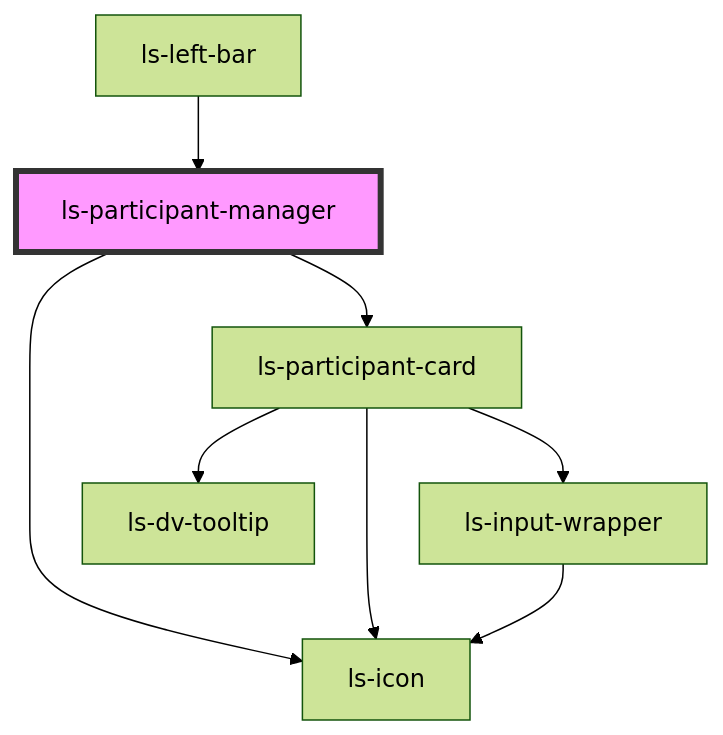
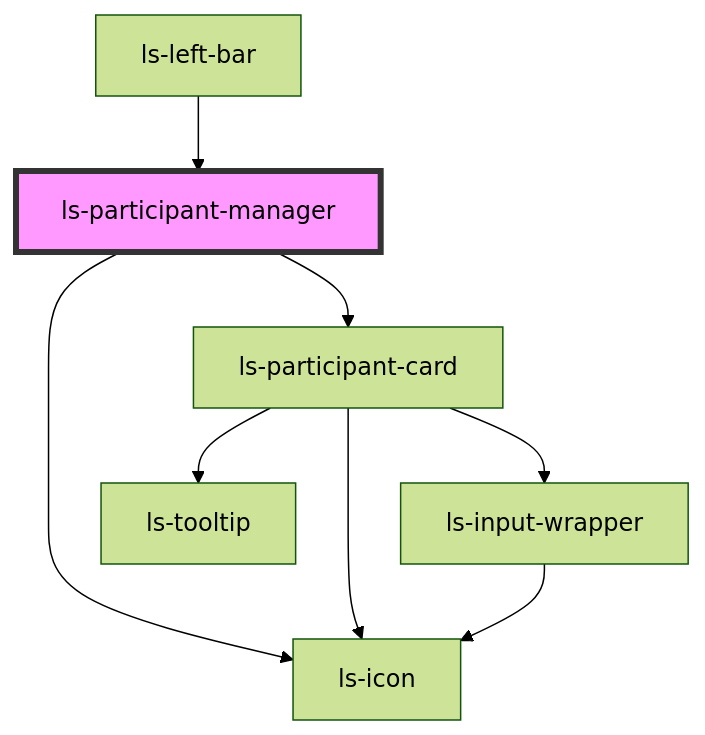
The diagram in src/components/ls-participant-manager/readme.md (legalesign/ls-document-viewer), drawn with Mermaid (forest theme) before and after one commit. The commit also changed 52 other files, not shown here.

````diff
--- a/src/components/ls-participant-manager/readme.md
+++ b/src/components/ls-participant-manager/readme.md
@@ -39,11 +39,11 @@
 ```mermaid
 graph TD;
   ls-participant-manager --> ls-participant-card
   ls-participant-manager --> ls-icon
   ls-participant-card --> ls-icon
   ls-participant-card --> ls-input-wrapper
-  ls-participant-card --> ls-dv-tooltip
+  ls-participant-card --> ls-tooltip
   ls-input-wrapper --> ls-icon
   ls-left-bar --> ls-participant-manager
   style ls-participant-manager fill:#f9f,stroke:#333,stroke-width:4px
 ```
````
